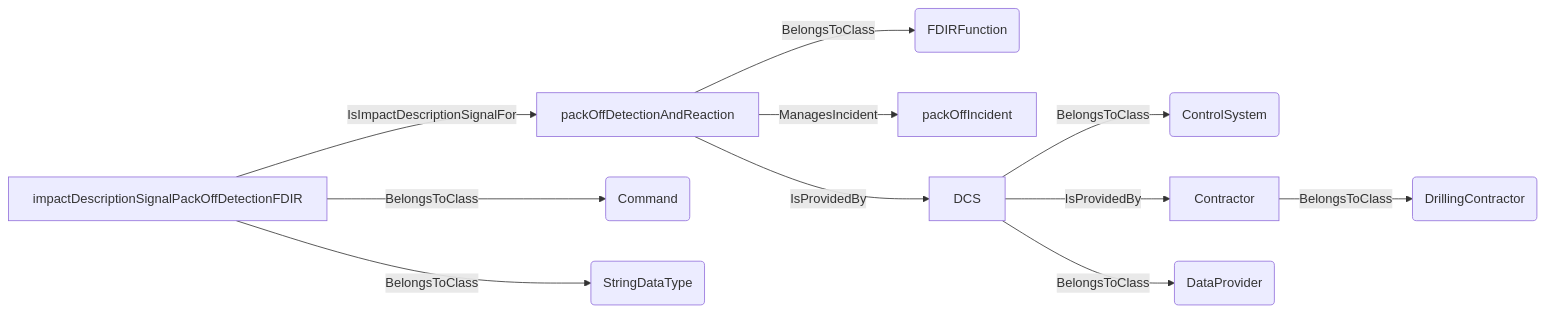
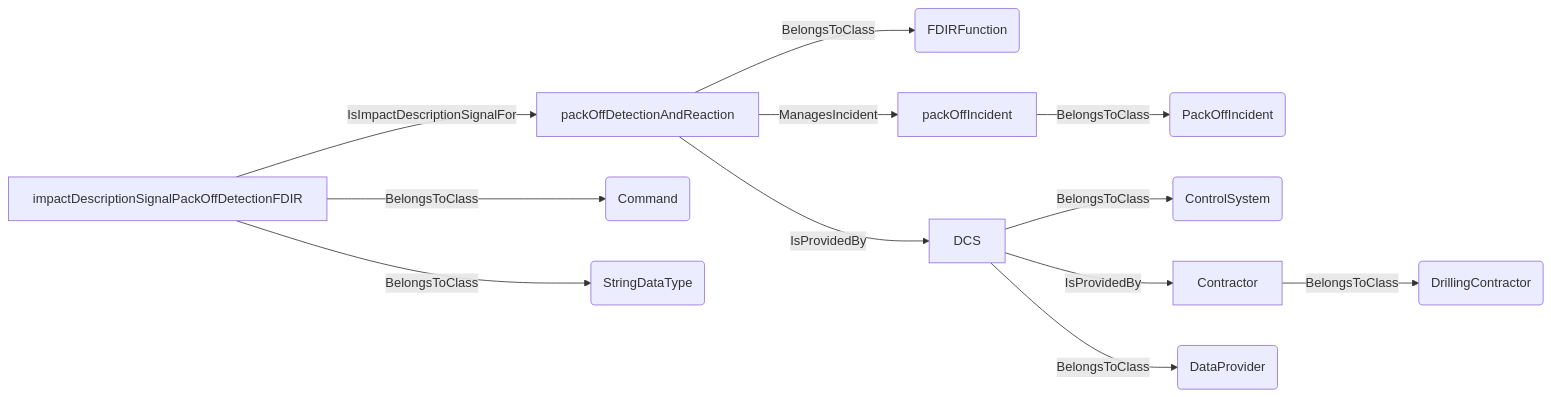
One commit to D-WIS/DDHub-Semantic-Interoperability changed diagram 20 of 20 in docs/vocabulary_development/auto-generated/md/definition-files/ADCS.md. Above: the diagram before and after it, drawn with Mermaid. The commit also changed other lines of this file and 14 other files, not shown here.

````diff
--- a/docs/vocabulary_development/auto-generated/md/definition-files/ADCS.md
+++ b/docs/vocabulary_development/auto-generated/md/definition-files/ADCS.md
@@ -1010,13 +1039,14 @@
 ```mermaid
 graph LR
 	N0000[packOffDetectionAndReaction] -->|BelongsToClass| N0001(FDIRFunction) 
+	N0002[packOffIncident] -->|BelongsToClass| N0003(PackOffIncident) 
 	N0000[packOffDetectionAndReaction] -->|ManagesIncident| N0002[packOffIncident] 
-	N0003[DCS] -->|BelongsToClass| N0004(ControlSystem) 
-	N0005[Contractor] -->|BelongsToClass| N0006(DrillingContractor) 
-	N0003[DCS] -->|IsProvidedBy| N0005[Contractor] 
-	N0003[DCS] -->|BelongsToClass| N0007(DataProvider) 
-	N0000[packOffDetectionAndReaction] -->|IsProvidedBy| N0003[DCS] 
-	N0008[impactDescriptionSignalPackOffDetectionFDIR] -->|BelongsToClass| N0009(Command) 
-	N0008[impactDescriptionSignalPackOffDetectionFDIR] -->|BelongsToClass| N0010(StringDataType) 
-	N0008[impactDescriptionSignalPackOffDetectionFDIR] -->|IsImpactDescriptionSignalFor| N0000[packOffDetectionAndReaction] 
+	N0004[DCS] -->|BelongsToClass| N0005(ControlSystem) 
+	N0006[Contractor] -->|BelongsToClass| N0007(DrillingContractor) 
+	N0004[DCS] -->|IsProvidedBy| N0006[Contractor] 
+	N0004[DCS] -->|BelongsToClass| N0008(DataProvider) 
+	N0000[packOffDetectionAndReaction] -->|IsProvidedBy| N0004[DCS] 
+	N0009[impactDescriptionSignalPackOffDetectionFDIR] -->|BelongsToClass| N0010(Command) 
+	N0009[impactDescriptionSignalPackOffDetectionFDIR] -->|BelongsToClass| N0011(StringDataType) 
+	N0009[impactDescriptionSignalPackOffDetectionFDIR] -->|IsImpactDescriptionSignalFor| N0000[packOffDetectionAndReaction] 
 ```
````
